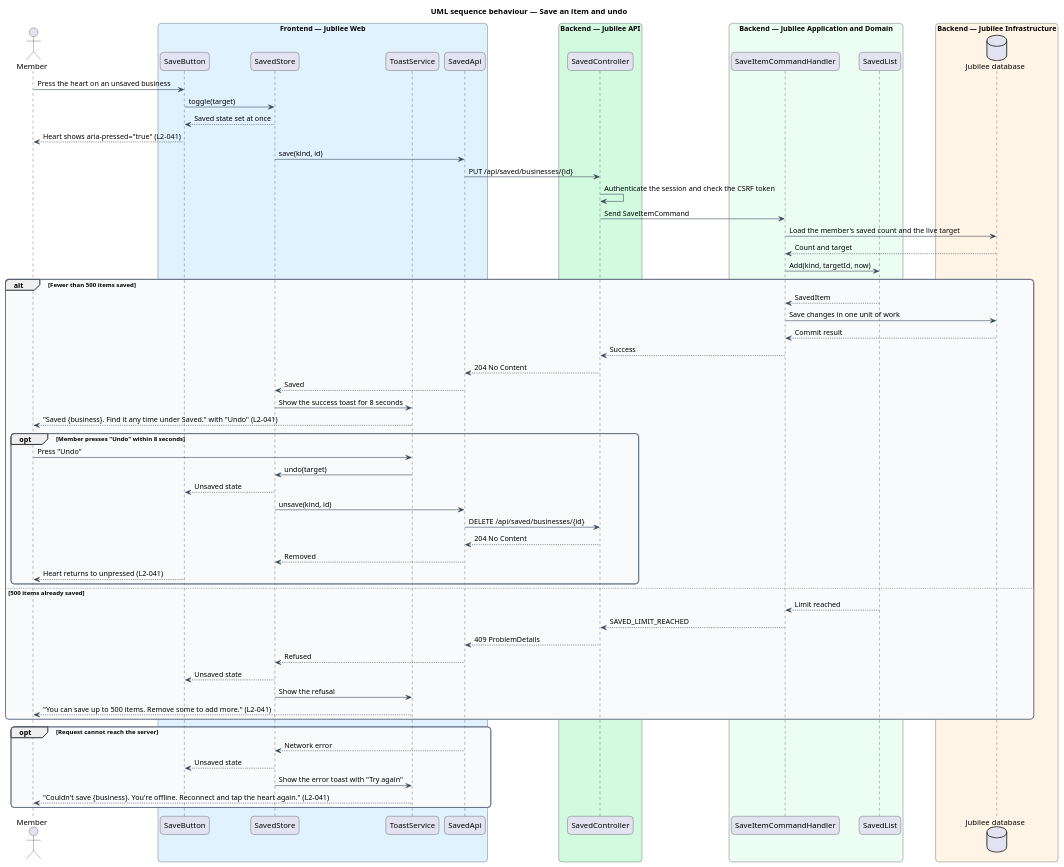
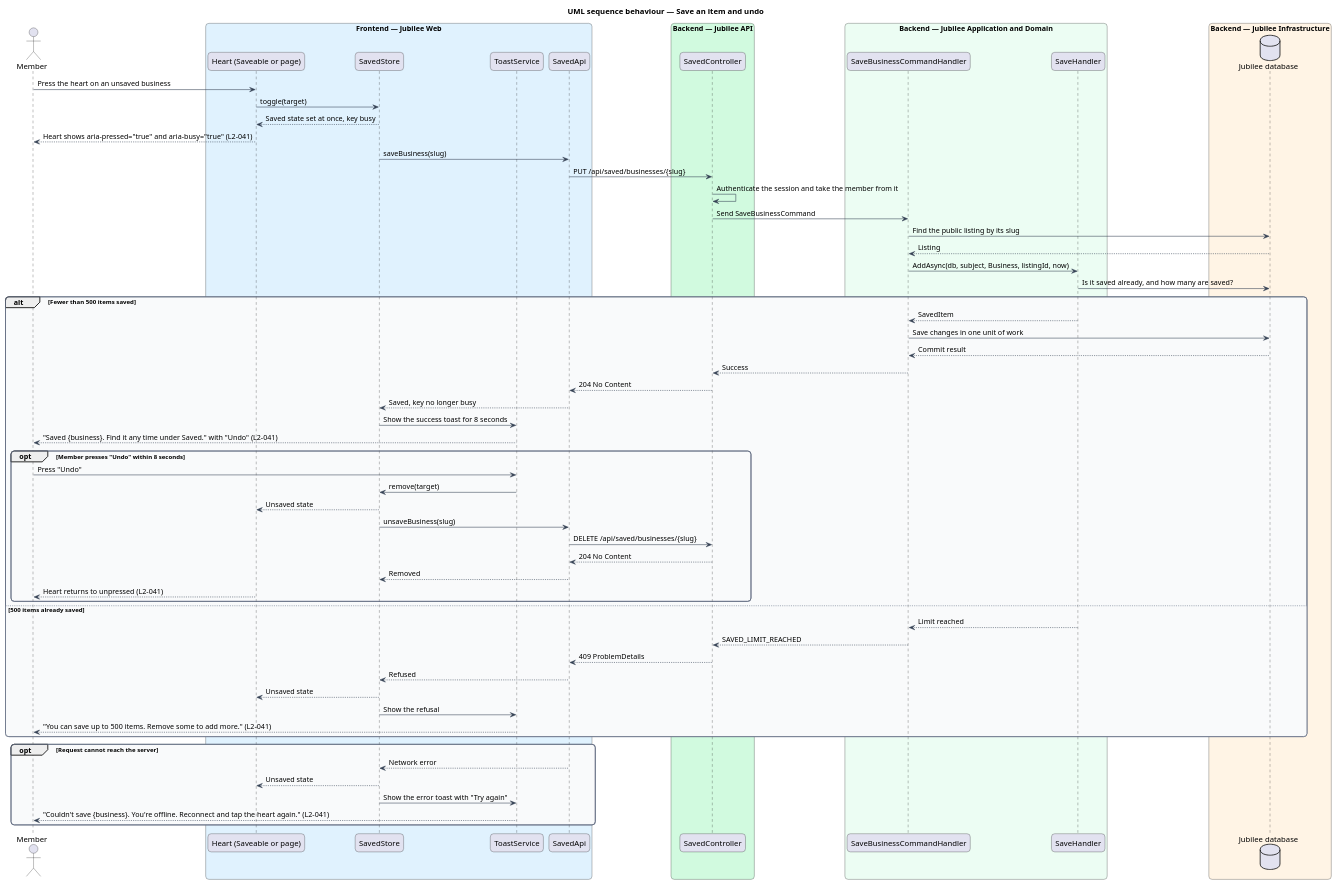
Before and after one commit to QuinntyneBrown/jubilee: the diagram in docs/detailed-designs/listings/save-listing/diagrams/sequence-save-and-undo.puml, drawn with PlantUML. The commit also changed 14 other files, not shown here.

Commit message:
Requirements and design of finishing journey 19: hearts on cards, a busy heart, a visitor's save on a card and clearing the saved store on sign-out (L2-041 AC7 to AC10, ADR 0054)

```diff
--- a/docs/detailed-designs/listings/save-listing/diagrams/sequence-save-and-undo.puml
+++ b/docs/detailed-designs/listings/save-listing/diagrams/sequence-save-and-undo.puml
@@ -1,79 +1,80 @@
 @startuml
 title UML sequence behaviour — Save an item and undo
 skinparam backgroundColor #FFFFFF
 skinparam shadowing false
 skinparam roundcorner 12
 skinparam defaultFontName Arial
 skinparam ArrowColor #344054
 skinparam rectangle {
   BorderColor #344054
   FontColor #101828
 }
 skinparam package {
   BorderColor #667085
   FontColor #101828
   BackgroundColor #F9FAFB
 }
 actor "Member" as actor
 box "Frontend — Jubilee Web" #E0F2FE
-  participant "SaveButton" as heart
+  participant "Heart (Saveable or page)" as heart
   participant "SavedStore" as store
   participant "ToastService" as toast
   participant "SavedApi" as client
 end box
 box "Backend — Jubilee API" #D1FADF
   participant "SavedController" as controller
 end box
 box "Backend — Jubilee Application and Domain" #ECFDF3
-  participant "SaveItemCommandHandler" as handler
-  participant "SavedList" as list
+  participant "SaveBusinessCommandHandler" as handler
+  participant "SaveHandler" as list
 end box
 box "Backend — Jubilee Infrastructure" #FFF4E5
   database "Jubilee database" as db
 end box
 actor -> heart : Press the heart on an unsaved business
 heart -> store : toggle(target)
-store --> heart : Saved state set at once
-heart --> actor : Heart shows aria-pressed="true" (L2-041)
-store -> client : save(kind, id)
-client -> controller : PUT /api/saved/businesses/{id}
-controller -> controller : Authenticate the session and check the CSRF token
-controller -> handler : Send SaveItemCommand
-handler -> db : Load the member's saved count and the live target
-db --> handler : Count and target
-handler -> list : Add(kind, targetId, now)
+store --> heart : Saved state set at once, key busy
+heart --> actor : Heart shows aria-pressed="true" and aria-busy="true" (L2-041)
+store -> client : saveBusiness(slug)
+client -> controller : PUT /api/saved/businesses/{slug}
+controller -> controller : Authenticate the session and take the member from it
+controller -> handler : Send SaveBusinessCommand
+handler -> db : Find the public listing by its slug
+db --> handler : Listing
+handler -> list : AddAsync(db, subject, Business, listingId, now)
+list -> db : Is it saved already, and how many are saved?
 alt Fewer than 500 items saved
   list --> handler : SavedItem
   handler -> db : Save changes in one unit of work
   db --> handler : Commit result
   handler --> controller : Success
   controller --> client : 204 No Content
-  client --> store : Saved
+  client --> store : Saved, key no longer busy
   store -> toast : Show the success toast for 8 seconds
   toast --> actor : "Saved {business}. Find it any time under Saved." with "Undo" (L2-041)
   opt Member presses "Undo" within 8 seconds
     actor -> toast : Press "Undo"
-    toast -> store : undo(target)
+    toast -> store : remove(target)
     store --> heart : Unsaved state
-    store -> client : unsave(kind, id)
-    client -> controller : DELETE /api/saved/businesses/{id}
+    store -> client : unsaveBusiness(slug)
+    client -> controller : DELETE /api/saved/businesses/{slug}
     controller --> client : 204 No Content
     client --> store : Removed
     heart --> actor : Heart returns to unpressed (L2-041)
   end
 else 500 items already saved
   list --> handler : Limit reached
   handler --> controller : SAVED_LIMIT_REACHED
   controller --> client : 409 ProblemDetails
   client --> store : Refused
   store --> heart : Unsaved state
   store -> toast : Show the refusal
   toast --> actor : "You can save up to 500 items. Remove some to add more." (L2-041)
 end
 opt Request cannot reach the server
   client --> store : Network error
   store --> heart : Unsaved state
   store -> toast : Show the error toast with "Try again"
   toast --> actor : "Couldn't save {business}. You're offline. Reconnect and tap the heart again." (L2-041)
 end
 @enduml
```
